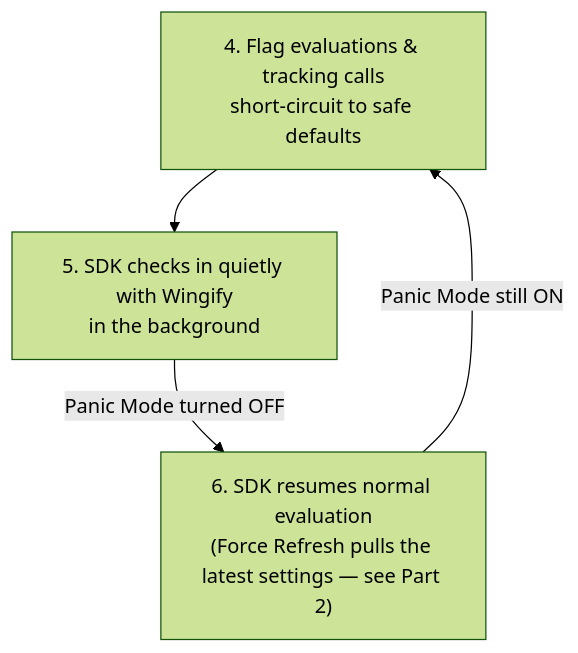
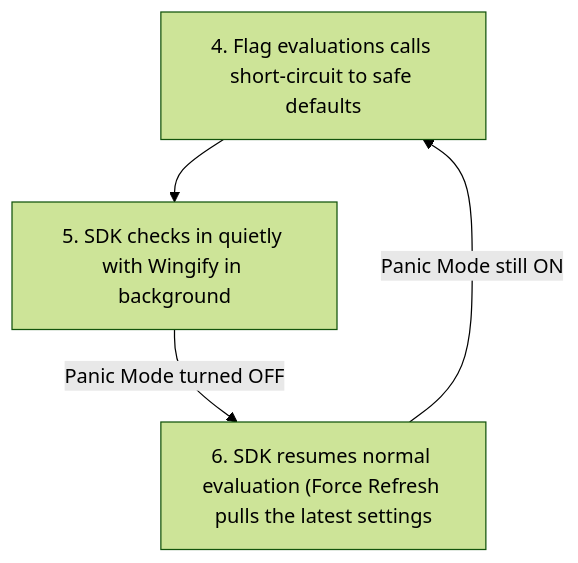
The second of 3 diagrams in docs/Concepts/panic-mode-and-force-refresh.md (wingify/readme-central), drawn with Mermaid (forest theme) before and after one commit.

Commit message:
Update doc `panic-mode-and-force-refresh`

````diff
--- a/docs/Concepts/panic-mode-and-force-refresh.md
+++ b/docs/Concepts/panic-mode-and-force-refresh.md
@@ -63,10 +63,10 @@
 ```mermaid
 flowchart TD
-  C["4. Flag evaluations & tracking calls\nshort-circuit to safe defaults"]
-  D["5. SDK checks in quietly with Wingify\nin the background"]
-  E["6. SDK resumes normal evaluation\n(Force Refresh pulls the latest settings — see Part 2)"]
+  C["4. Flag evaluations calls short-circuit to safe defaults"]
+  D["5. SDK checks in quietly with Wingify in background"]
+  E["6. SDK resumes normal evaluation (Force Refresh pulls the latest settings"]
 
   C --> D
   E -- "Panic Mode still ON" --> C
   D -- "Panic Mode turned OFF" --> E
 ```
````
